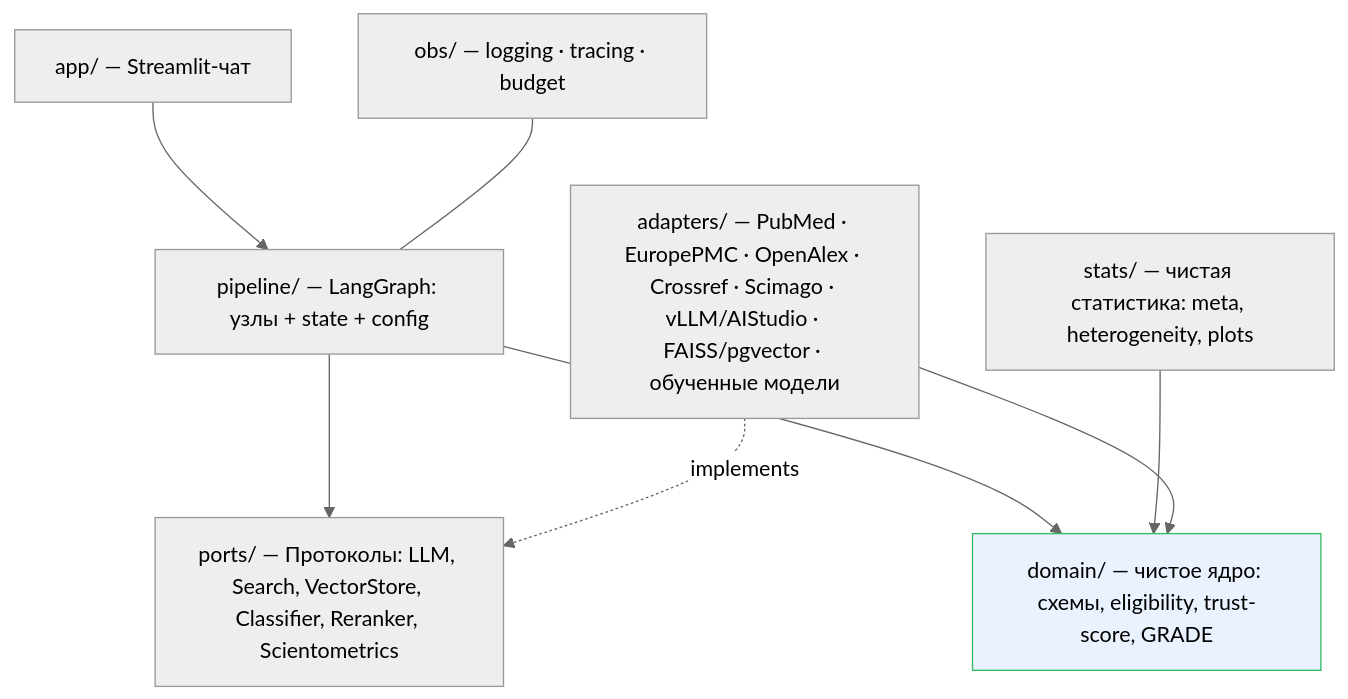
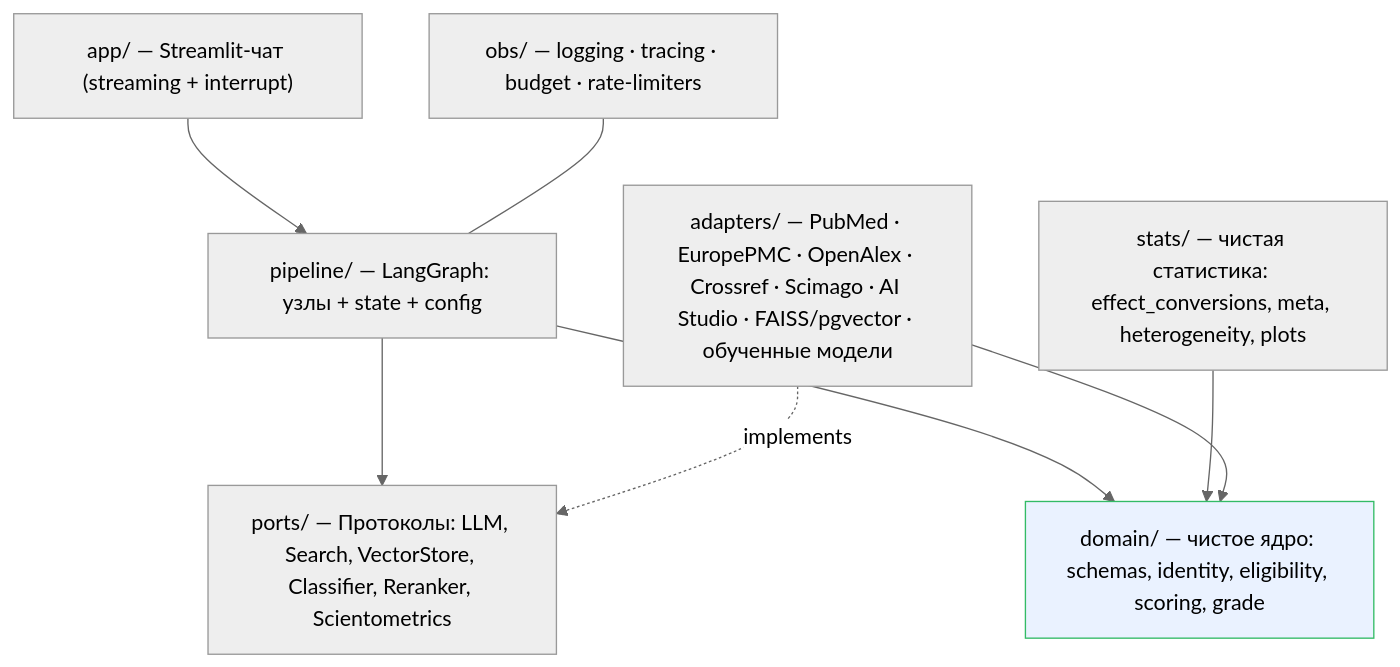
One commit to Ivana-banana/Digital_Health changed the first of 2 diagrams in plan.md. Above: the diagram before and after it, drawn with Mermaid (neutral theme). The commit also changed other lines of this file, not shown here.

First line of the commit message:
docs: revise solution plan to v3 (quality-first, AI Studio API)

````diff
--- a/plan.md
+++ b/plan.md
@@ -61,12 +67,12 @@
 ```mermaid
 flowchart TD
-    APP["app/ — Streamlit-чат"] --> PIPE["pipeline/ — LangGraph: узлы + state + config"]
+    APP["app/ — Streamlit-чат (streaming + interrupt)"] --> PIPE["pipeline/ — LangGraph: узлы + state + config"]
     PIPE --> PORTS["ports/ — Протоколы: LLM, Search, VectorStore, Classifier, Reranker, Scientometrics"]
-    PIPE --> DOMAIN["domain/ — чистое ядро: схемы, eligibility, trust-score, GRADE"]
-    STATS["stats/ — чистая статистика: meta, heterogeneity, plots"] --> DOMAIN
-    ADAPTERS["adapters/ — PubMed · EuropePMC · OpenAlex · Crossref · Scimago · vLLM/AIStudio · FAISS/pgvector · обученные модели"] -. implements .-> PORTS
+    PIPE --> DOMAIN["domain/ — чистое ядро: schemas, identity, eligibility, scoring, grade"]
+    STATS["stats/ — чистая статистика: effect_conversions, meta, heterogeneity, plots"] --> DOMAIN
+    ADAPTERS["adapters/ — PubMed · EuropePMC · OpenAlex · Crossref · Scimago · AI Studio · FAISS/pgvector · обученные модели"] -. implements .-> PORTS
     ADAPTERS --> DOMAIN
-    OBS["obs/ — logging · tracing · budget"] --- PIPE
+    OBS["obs/ — logging · tracing · budget · rate-limiters"] --- PIPE
     classDef core fill:#eaf2ff,stroke:#3b6;
     class DOMAIN core;
 ```
````
